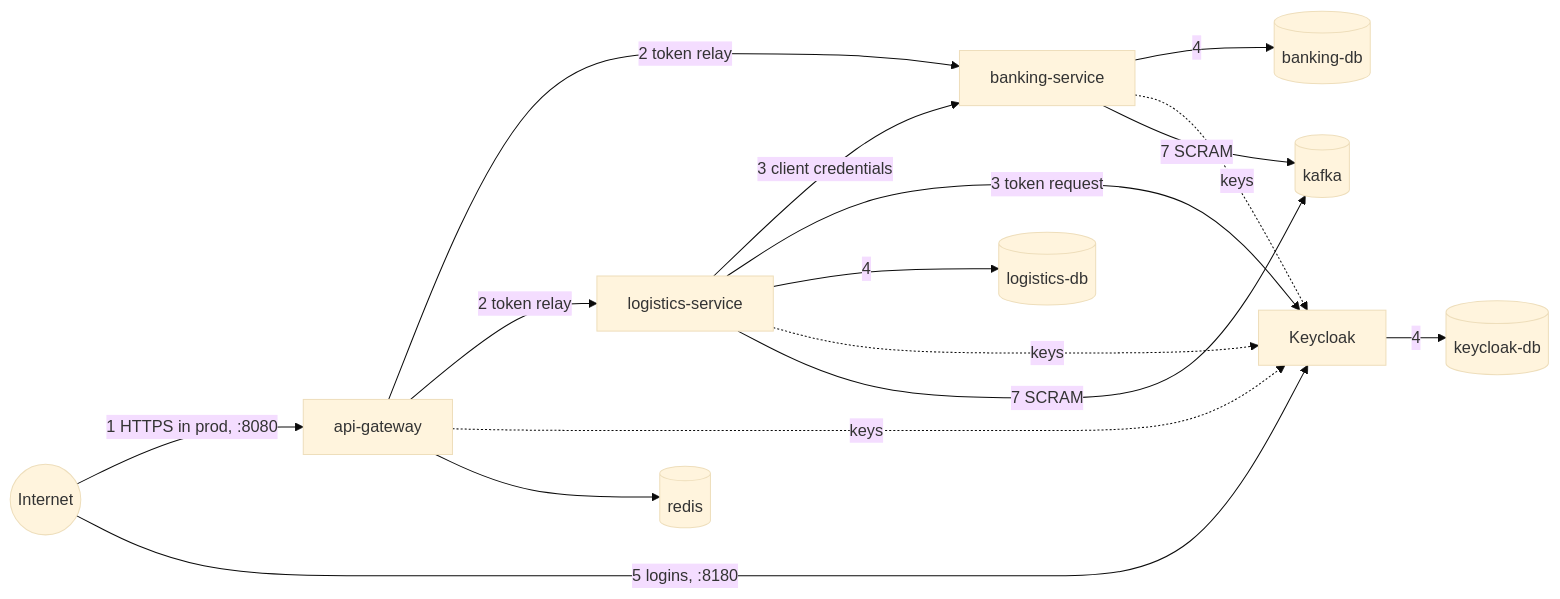
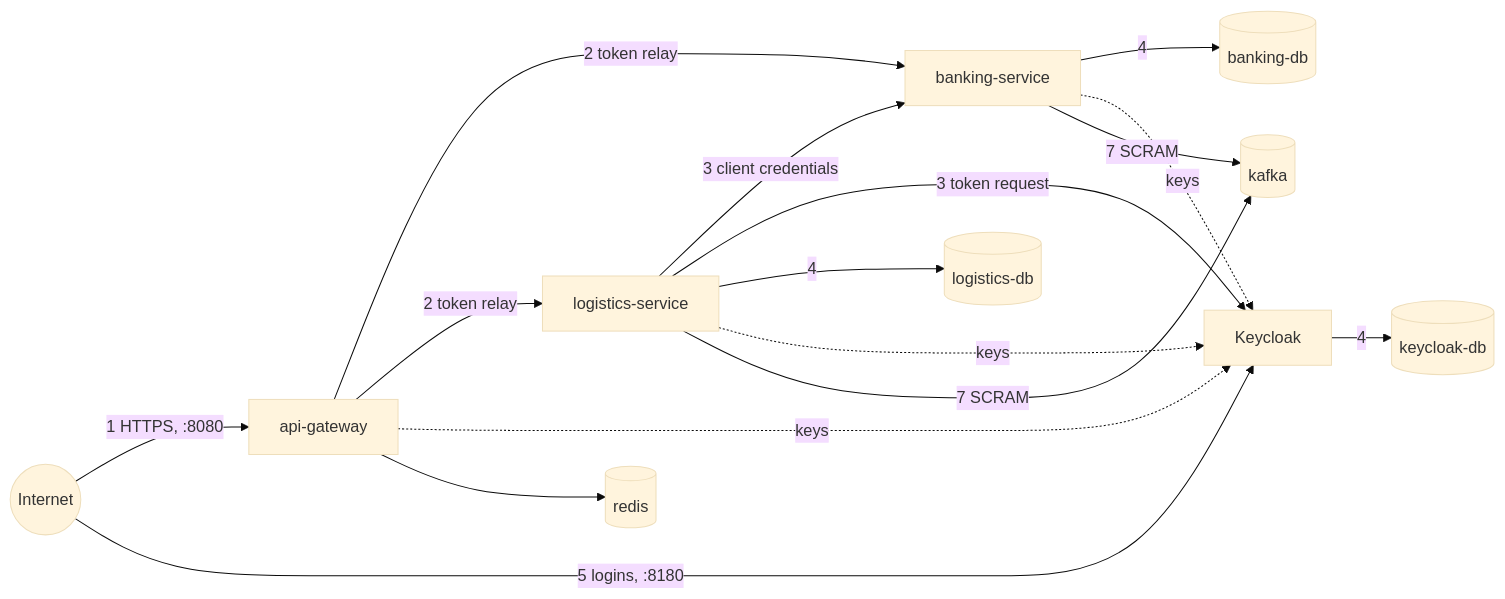
Before and after one commit to tsegale/cross-border-logistics-system: the diagram in docs/threat-model.md, drawn with Mermaid (base theme). The commit also changed other lines of this file and 31 other files, not shown here.

First line of the commit message:
feat(gateway): https only, mozilla intermediate and hsts

````diff
--- a/docs/threat-model.md
+++ b/docs/threat-model.md
@@ -6,18 +6,18 @@
 ```mermaid
 flowchart LR
-    I((Internet)) -->|1 HTTPS in prod, :8080| G[api-gateway]
+    I((Internet)) -->|1 HTTPS, :8080| G[api-gateway]
     I -->|5 logins, :8180| K[Keycloak]
     G -->|2 token relay| B[banking-service]
     G -->|2 token relay| L[logistics-service]
     L -->|3 client credentials| B
     L -->|3 token request| K
     B -->|4| BD[(banking-db)]
     L -->|4| LD[(logistics-db)]
     K -->|4| KD[(keycloak-db)]
     G -.->|keys| K
     B -.->|keys| K
     L -.->|keys| K
     G --> R[(redis)]
     B -->|7 SCRAM| KF[(kafka)]
     L -->|7 SCRAM| KF
 ```
````
